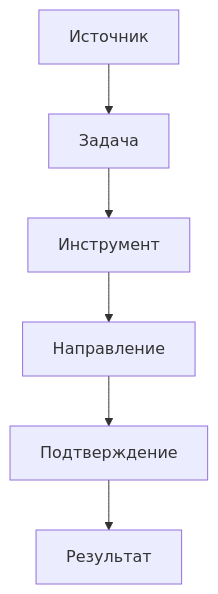
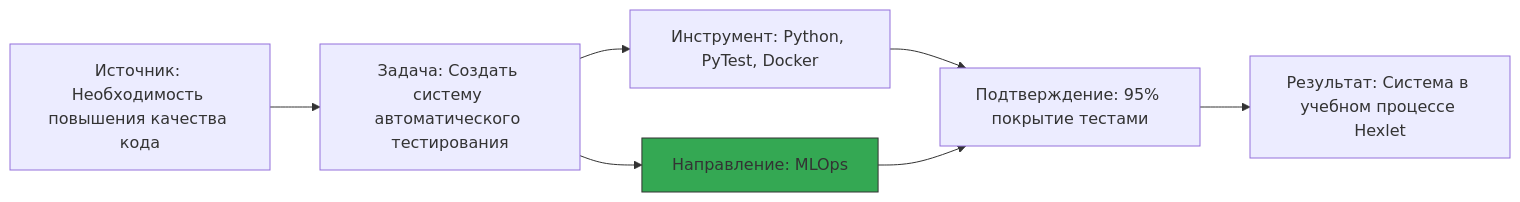
Before and after one commit to Control39/portfolio-system-architect: the second of 6 diagrams in docs/visualization/interactive.md, drawn with Mermaid. The commit also changed other lines of this file, not shown here.

Commit message:
feat(reasoning): Implement interactive Mermaid.js visualization with filtering

````diff
--- a/docs/visualization/interactive.md
+++ b/docs/visualization/interactive.md
@@ -7,8 +37,10 @@
 ```mermaid
-graph TD
-    A[Источник] --> B[Задача]
-    B --> C[Инструмент]
-    C --> D[Направление]
-    D --> E[Подтверждение]
-    E --> F[Результат]
+graph LR
+    A[Источник: Необходимость повышения качества кода] --> B[Задача: Создать систему автоматического тестирования]
+    B --> C[Инструмент: Python, PyTest, Docker]
+    B --> D[Направление: MLOps]
+    C --> E[Подтверждение: 95% покрытие тестами]
+    D --> E
+    E --> F[Результат: Система в учебном процессе Hexlet]
+    style D fill:#34A853,stroke:#333
 ```
````
